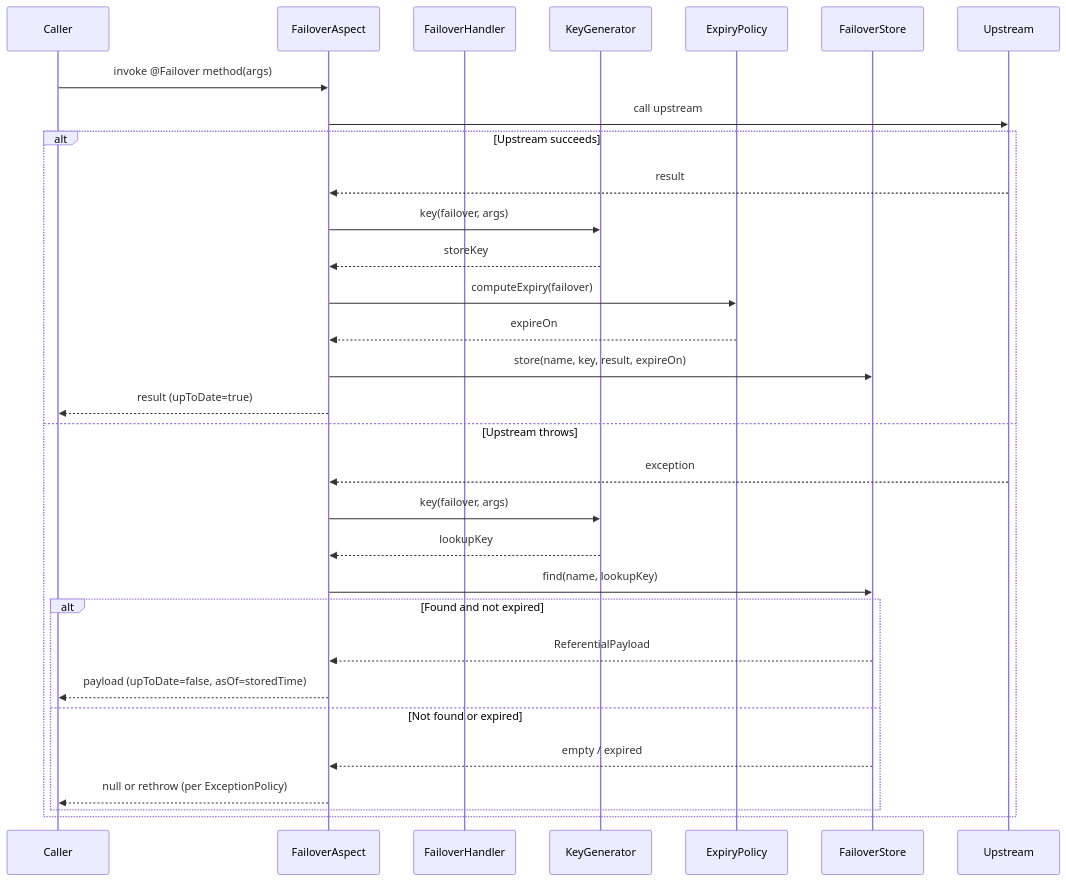
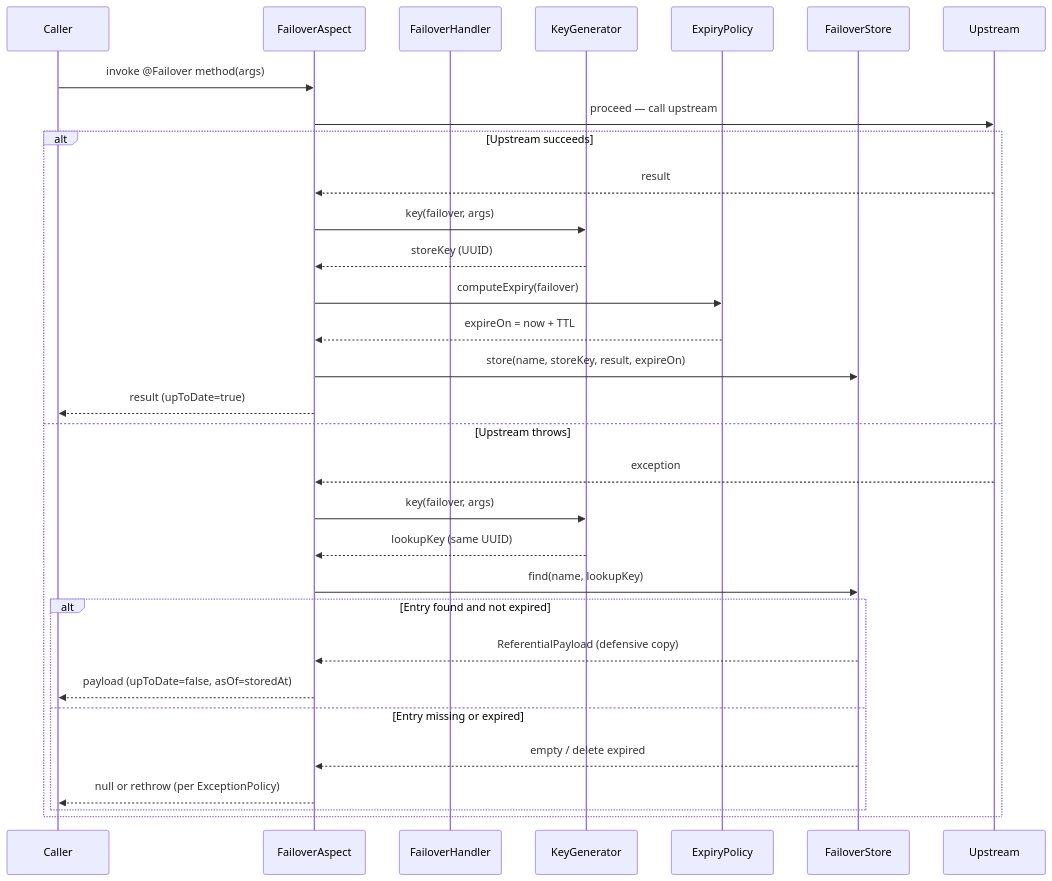
One commit to societe-generale/failover changed the first of 4 diagrams in docs/concepts/how-it-works.md. Above: the diagram before and after it, drawn with Mermaid. The commit also changed other lines of this file and 84 other files, not shown here.

````diff
--- a/docs/concepts/how-it-works.md
+++ b/docs/concepts/how-it-works.md
@@ -11,35 +13,35 @@
 ```mermaid
 sequenceDiagram
     participant C as Caller
     participant A as FailoverAspect
     participant H as FailoverHandler
     participant K as KeyGenerator
     participant E as ExpiryPolicy
     participant S as FailoverStore
     participant U as Upstream
 
     C->>A: invoke @Failover method(args)
-    A->>U: call upstream
-    
+    A->>U: proceed — call upstream
+
     alt Upstream succeeds
         U-->>A: result
         A->>K: key(failover, args)
-        K-->>A: storeKey
+        K-->>A: storeKey (UUID)
         A->>E: computeExpiry(failover)
-        E-->>A: expireOn
-        A->>S: store(name, key, result, expireOn)
+        E-->>A: expireOn = now + TTL
+        A->>S: store(name, storeKey, result, expireOn)
         A-->>C: result (upToDate=true)
     else Upstream throws
         U-->>A: exception
         A->>K: key(failover, args)
-        K-->>A: lookupKey
+        K-->>A: lookupKey (same UUID)
         A->>S: find(name, lookupKey)
-        alt Found and not expired
-            S-->>A: ReferentialPayload
-            A-->>C: payload (upToDate=false, asOf=storedTime)
-        else Not found or expired
-            S-->>A: empty / expired
+        alt Entry found and not expired
+            S-->>A: ReferentialPayload (defensive copy)
+            A-->>C: payload (upToDate=false, asOf=storedAt)
+        else Entry missing or expired
+            S-->>A: empty / delete expired
             A-->>C: null or rethrow (per ExceptionPolicy)
         end
     end
 ```
````
